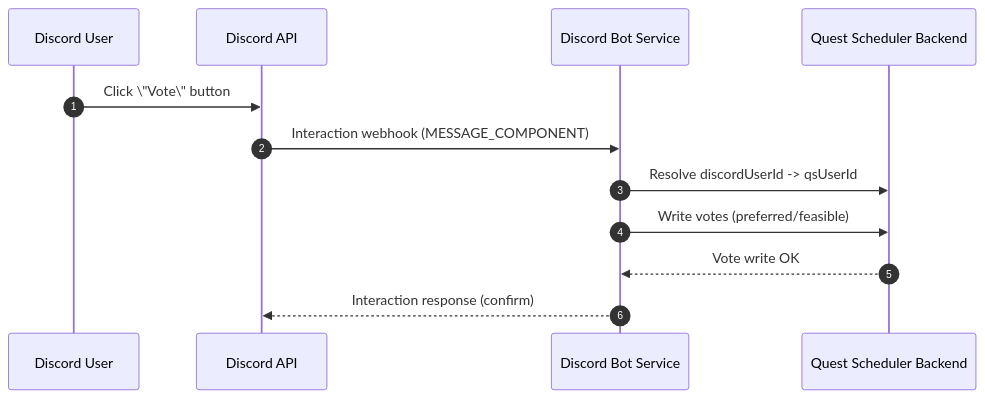
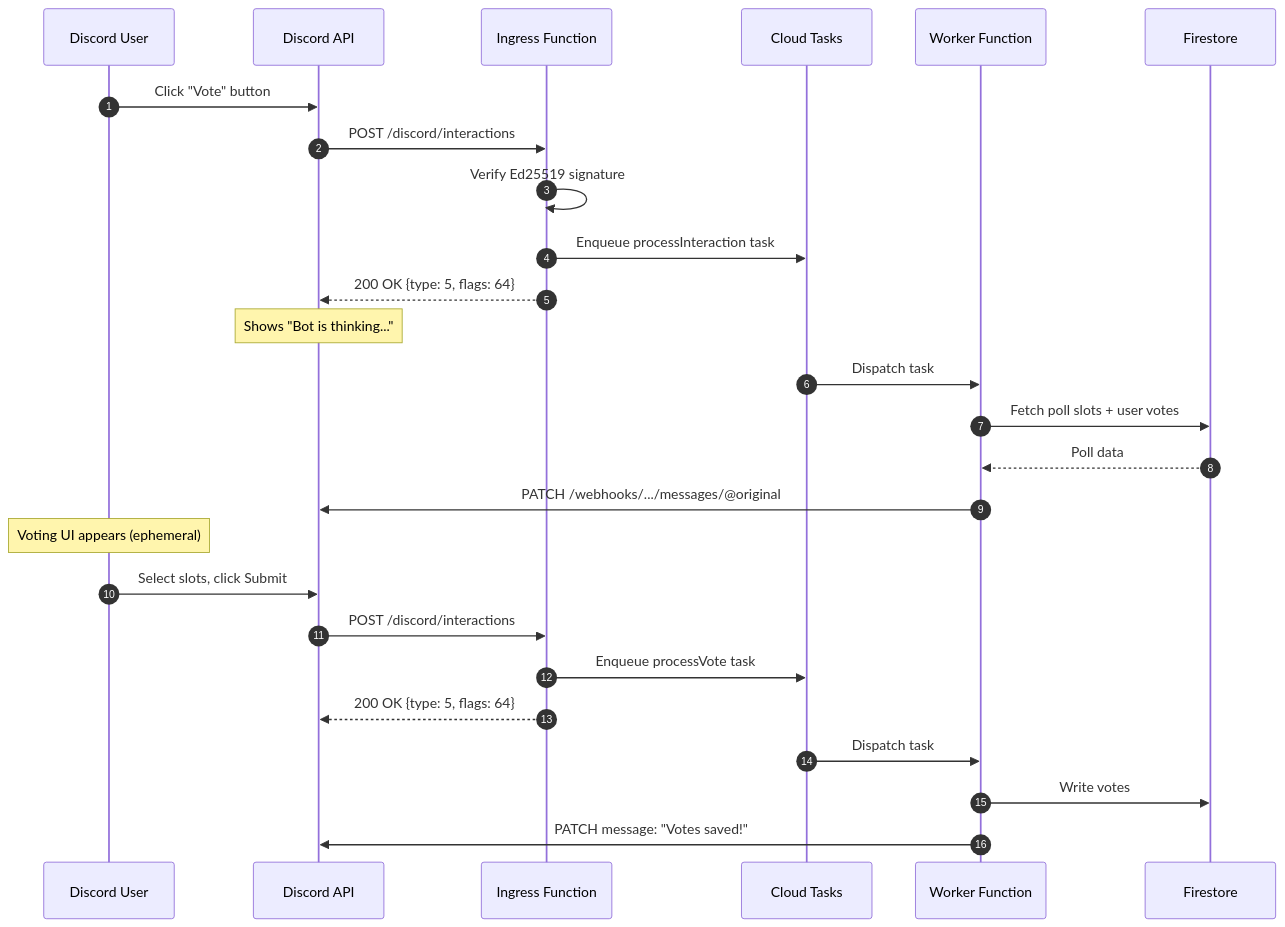
Before and after one commit to colindmurray/quest-scheduler: the diagram in docs/discord-bot-feature-design-doc.md, drawn with Mermaid. The commit also changed other lines of this file and 7 other files, not shown here.

Commit message:
discord: add automation workflow and task runner skill

````diff
--- a/docs/discord-bot-feature-design-doc.md
+++ b/docs/discord-bot-feature-design-doc.md
@@ -306,15 +353,29 @@
 ```mermaid
 sequenceDiagram
     autonumber
     participant User as Discord User
     participant Discord as Discord API
-    participant Bot as Discord Bot Service
-    participant QS as Quest Scheduler Backend
+    participant Ingress as Ingress Function
+    participant Tasks as Cloud Tasks
+    participant Worker as Worker Function
+    participant QS as Firestore
 
-    User->>Discord: Click \"Vote\" button
-    Discord->>Bot: Interaction webhook (MESSAGE_COMPONENT)
-    Bot->>QS: Resolve discordUserId -> qsUserId
-    Bot->>QS: Write votes (preferred/feasible)
-    QS-->>Bot: Vote write OK
-    Bot-->>Discord: Interaction response (confirm)
+    User->>Discord: Click "Vote" button
+    Discord->>Ingress: POST /discord/interactions
+    Ingress->>Ingress: Verify Ed25519 signature
+    Ingress->>Tasks: Enqueue processInteraction task
+    Ingress-->>Discord: 200 OK {type: 5, flags: 64}
+    Note over Discord: Shows "Bot is thinking..."
+    Tasks->>Worker: Dispatch task
+    Worker->>QS: Fetch poll slots + user votes
+    QS-->>Worker: Poll data
+    Worker->>Discord: PATCH /webhooks/.../messages/@original
+    Note over User: Voting UI appears (ephemeral)
+    User->>Discord: Select slots, click Submit
+    Discord->>Ingress: POST /discord/interactions
+    Ingress->>Tasks: Enqueue processVote task
+    Ingress-->>Discord: 200 OK {type: 5, flags: 64}
+    Tasks->>Worker: Dispatch task
+    Worker->>QS: Write votes
+    Worker->>Discord: PATCH message: "Votes saved!"
 ```
````
